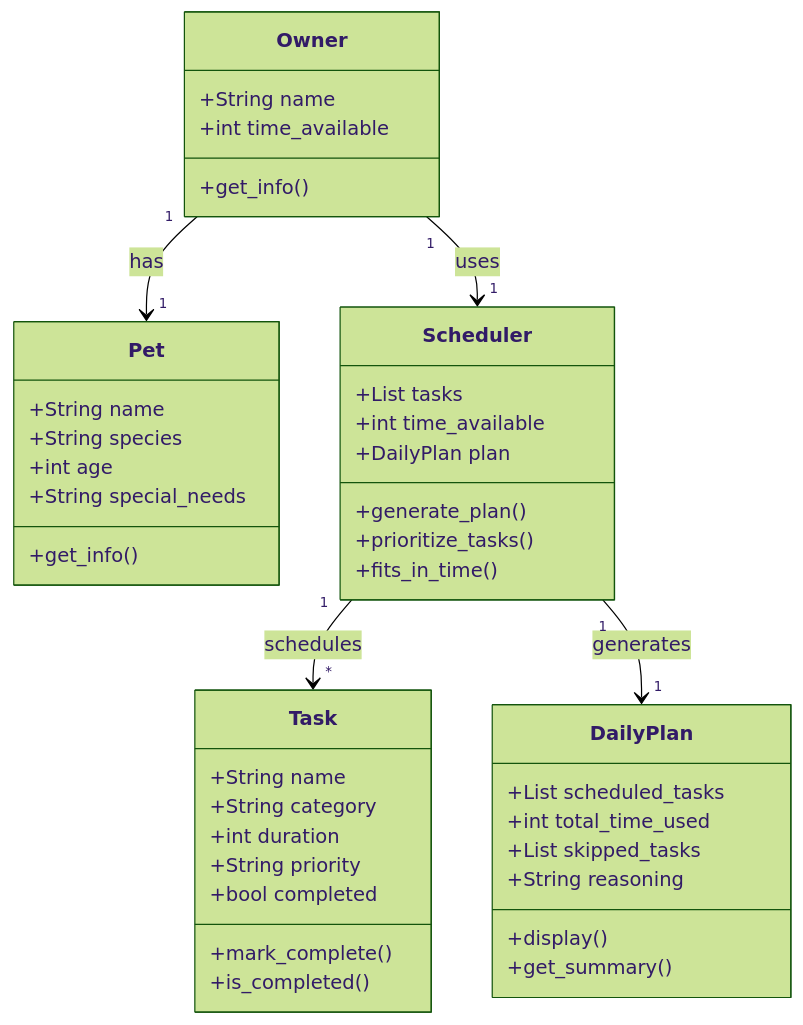
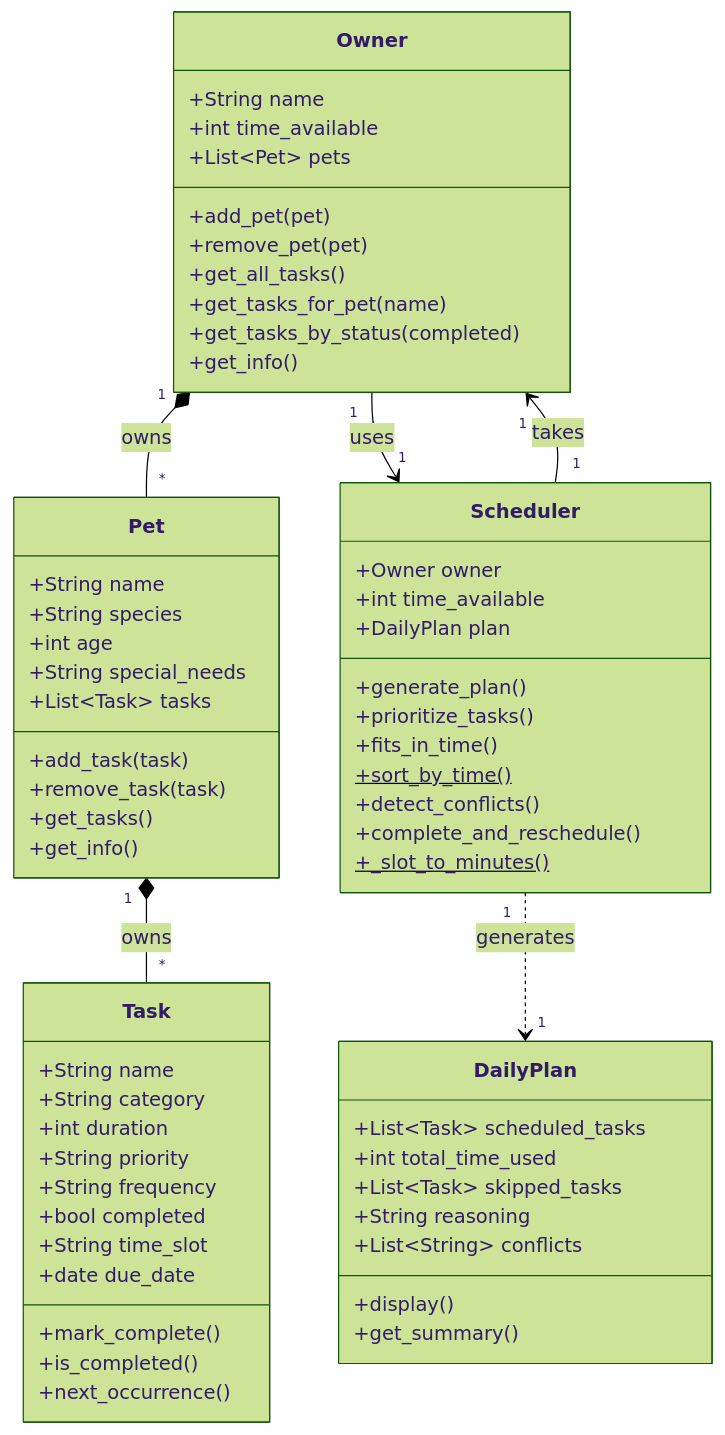
The diagram in reflection.md (SshreyY/ai110-module2show-pawpal-starter), drawn with Mermaid (forest theme) before and after one commit. The commit also changed other lines of this file and 6 other files, not shown here.

````diff
--- a/reflection.md
+++ b/reflection.md
@@ -29,45 +29,65 @@
 ```mermaid
 classDiagram
     class Owner {
         +String name
         +int time_available
+        +List~Pet~ pets
+        +add_pet(pet)
+        +remove_pet(pet)
+        +get_all_tasks()
+        +get_tasks_for_pet(name)
+        +get_tasks_by_status(completed)
         +get_info()
     }
     class Pet {
         +String name
         +String species
         +int age
         +String special_needs
+        +List~Task~ tasks
+        +add_task(task)
+        +remove_task(task)
+        +get_tasks()
         +get_info()
     }
     class Task {
         +String name
         +String category
         +int duration
         +String priority
+        +String frequency
         +bool completed
+        +String time_slot
+        +date due_date
         +mark_complete()
         +is_completed()
+        +next_occurrence()
     }
     class Scheduler {
-        +List tasks
+        +Owner owner
         +int time_available
         +DailyPlan plan
         +generate_plan()
         +prioritize_tasks()
         +fits_in_time()
+        +sort_by_time()$
+        +detect_conflicts()
+        +complete_and_reschedule()
+        +_slot_to_minutes()$
     }
     class DailyPlan {
-        +List scheduled_tasks
+        +List~Task~ scheduled_tasks
         +int total_time_used
-        +List skipped_tasks
+        +List~Task~ skipped_tasks
         +String reasoning
+        +List~String~ conflicts
         +display()
         +get_summary()
     }
 
-    Owner "1" --> "1" Pet : has
+    Owner "1" *-- "*" Pet : owns
+    Pet "1" *-- "*" Task : owns
     Owner "1" --> "1" Scheduler : uses
-    Scheduler "1" --> "*" Task : schedules
-    Scheduler "1" --> "1" DailyPlan : generates
+    Scheduler "1" --> "1" Owner : takes
+    Scheduler "1" ..> "1" DailyPlan : generates
 ```
````
